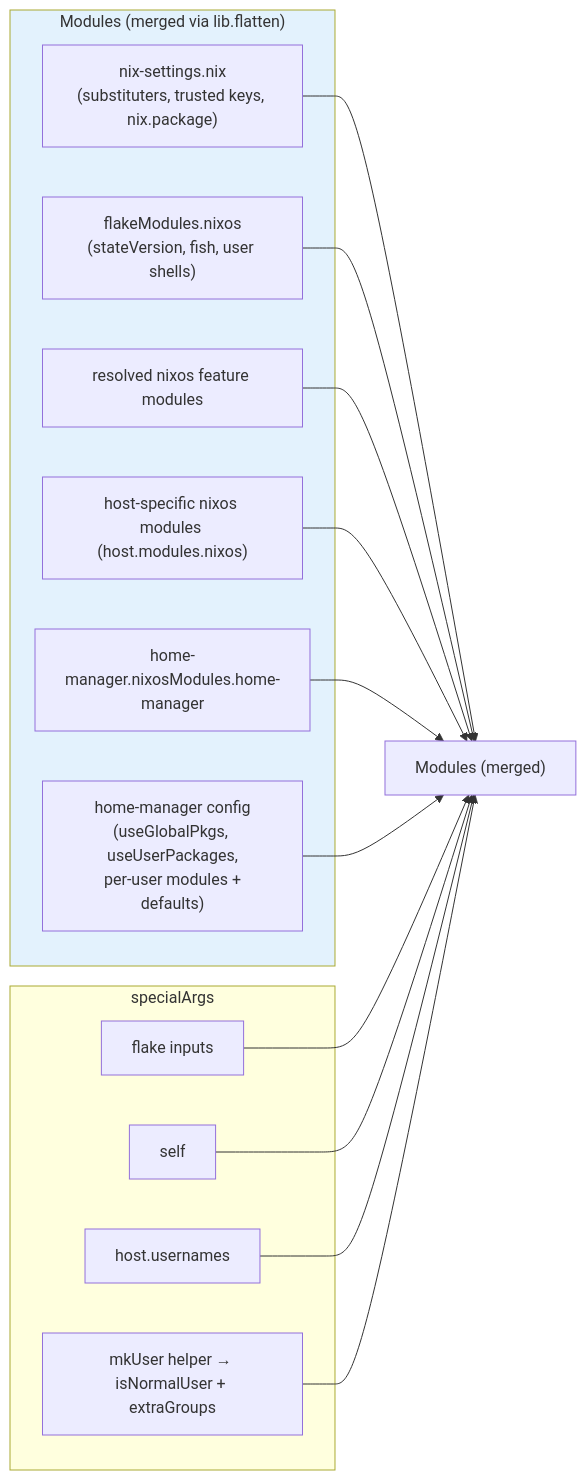
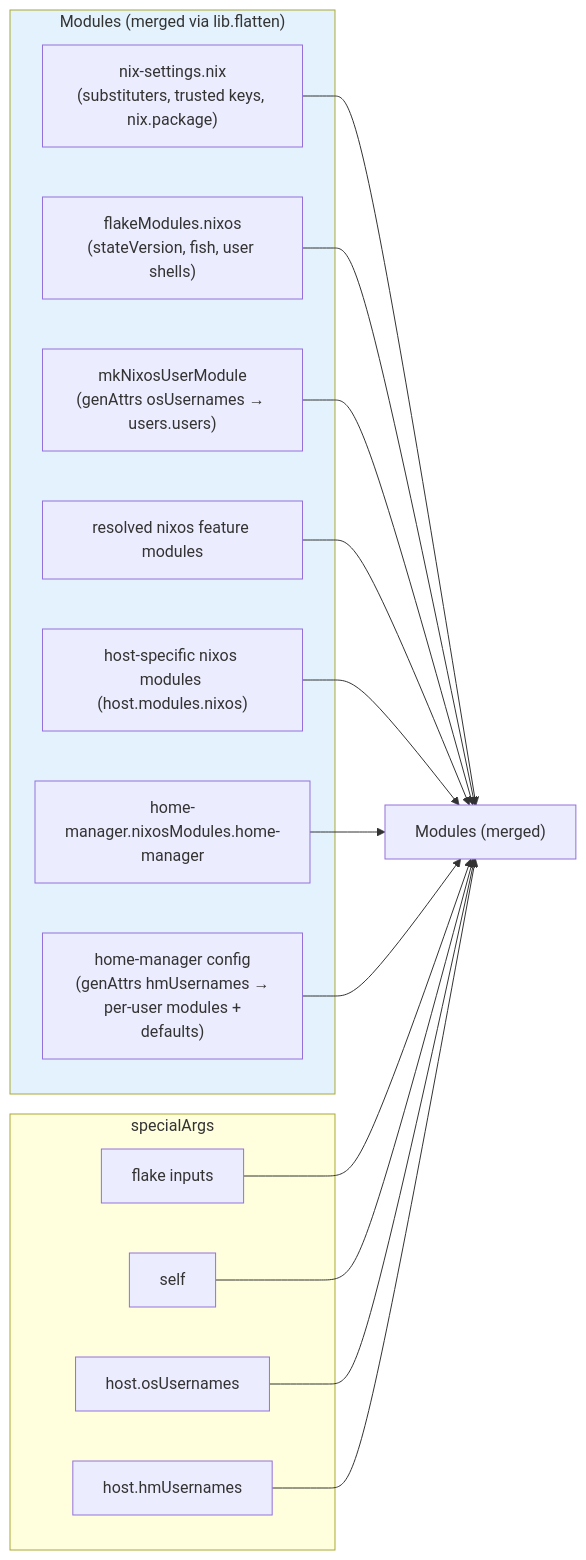
The fifth of 8 diagrams in DESIGN.md (WombatFromHell/automatic-palm-tree), drawn with Mermaid before and after one commit. The commit also changed other lines of this file and 7 other files, not shown here.

````diff
--- a/DESIGN.md
+++ b/DESIGN.md
@@ -189,28 +189,30 @@
 ```mermaid
 flowchart LR
     subgraph M["Modules (merged via lib.flatten)"]
         nixSet["nix-settings.nix\n(substituters, trusted keys, nix.package)"]
         nixosMod["flakeModules.nixos\n(stateVersion, fish, user shells)"]
+        autoUser["mkNixosUserModule\n(genAttrs osUsernames → users.users)"]
         featMod["resolved nixos feature modules"]
         hostMod["host-specific nixos modules (host.modules.nixos)"]
         hmMod["home-manager.nixosModules.home-manager"]
-        hmCfg["home-manager config\n(useGlobalPkgs, useUserPackages,\n per-user modules + defaults)"]
+        hmCfg["home-manager config\n(genAttrs hmUsernames →\n per-user modules + defaults)"]
     end
     subgraph SA["specialArgs"]
         inputs["flake inputs"]
         self["self"]
-        usernames["host.usernames"]
-        mkUser["mkUser helper → isNormalUser + extraGroups"]
+        osUsernames["host.osUsernames"]
+        hmUsernames["host.hmUsernames"]
     end
     nixSet --> merged["Modules (merged)"]
     nixosMod --> merged
+    autoUser --> merged
     featMod --> merged
     hostMod --> merged
     hmMod --> merged
     hmCfg --> merged
     inputs --> merged
     self --> merged
-    usernames --> merged
-    mkUser --> merged
+    osUsernames --> merged
+    hmUsernames --> merged
     style M fill:#e3f2fd
 ```
````
